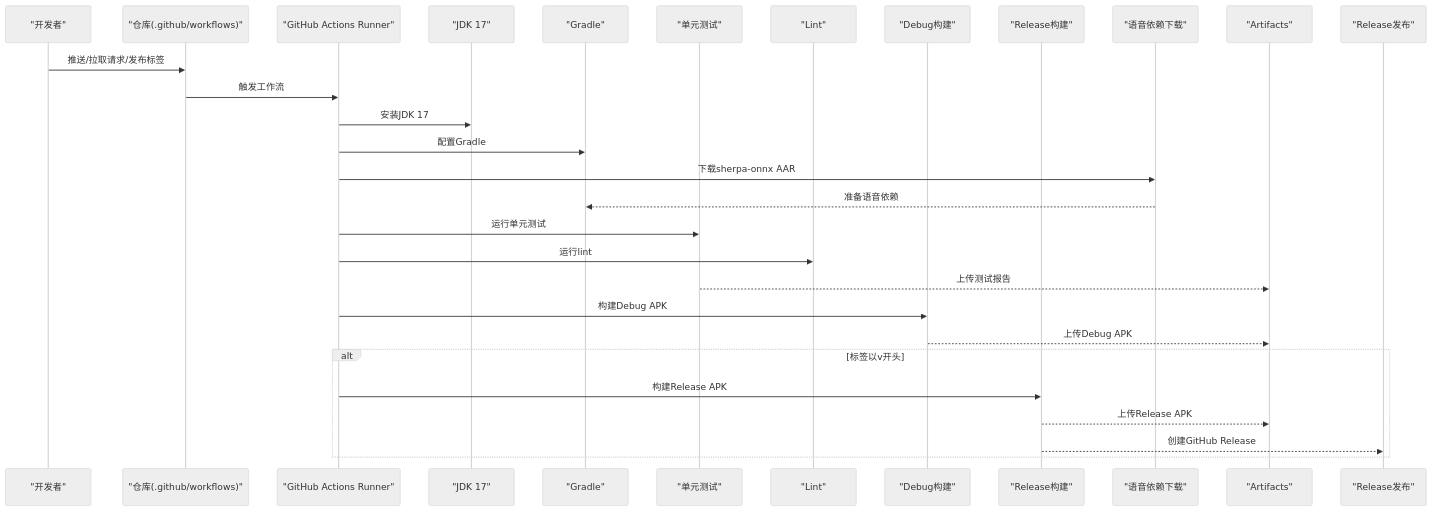
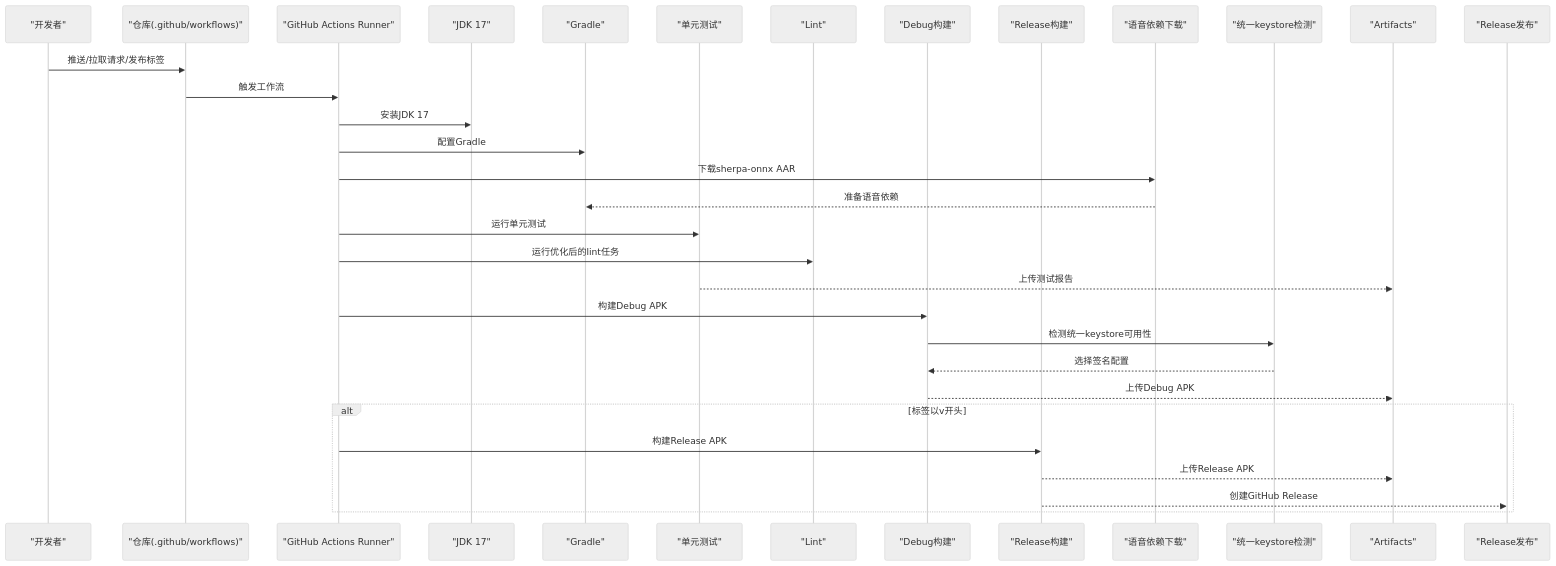
Before and after one commit to guuyn/OpenClaw-Android: the second of 5 diagrams in .qoder/repowiki/zh/content/构建与部署/CI_CD流水线.md, drawn with Mermaid (neutral theme). The commit also changed other lines of this file and 5 other files, not shown here.

````diff
--- a/.qoder/repowiki/zh/content/构建与部署/CI_CD流水线.md
+++ b/.qoder/repowiki/zh/content/构建与部署/CI_CD流水线.md
@@ -106,31 +117,34 @@
 ```mermaid
 sequenceDiagram
 participant Dev as "开发者"
 participant Repo as "仓库(.github/workflows)"
 participant GH as "GitHub Actions Runner"
 participant JDK as "JDK 17"
 participant GR as "Gradle"
 participant UT as "单元测试"
 participant LT as "Lint"
 participant DBG as "Debug构建"
 participant REL as "Release构建"
 participant VOICE as "语音依赖下载"
+participant KEYSTORE as "统一keystore检测"
 participant ART as "Artifacts"
 participant REL_WS as "Release发布"
 Dev->>Repo : 推送/拉取请求/发布标签
 Repo->>GH : 触发工作流
 GH->>JDK : 安装JDK 17
 GH->>GR : 配置Gradle
 GH->>VOICE : 下载sherpa-onnx AAR
 VOICE-->>GR : 准备语音依赖
 GH->>UT : 运行单元测试
-GH->>LT : 运行lint
+GH->>LT : 运行优化后的lint任务
 UT-->>ART : 上传测试报告
 GH->>DBG : 构建Debug APK
+DBG->>KEYSTORE : 检测统一keystore可用性
+KEYSTORE-->>DBG : 选择签名配置
 DBG-->>ART : 上传Debug APK
 alt 标签以v开头
 GH->>REL : 构建Release APK
 REL-->>ART : 上传Release APK
 REL-->>REL_WS : 创建GitHub Release
 end
 ```
````
